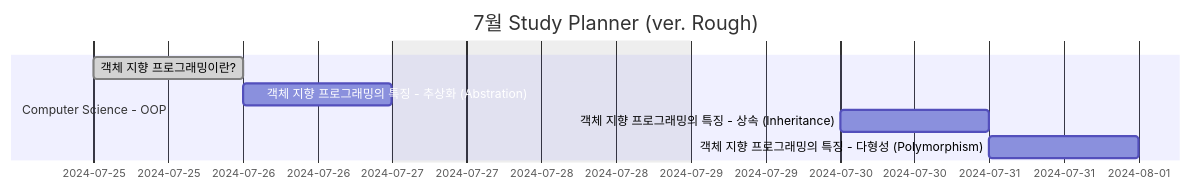
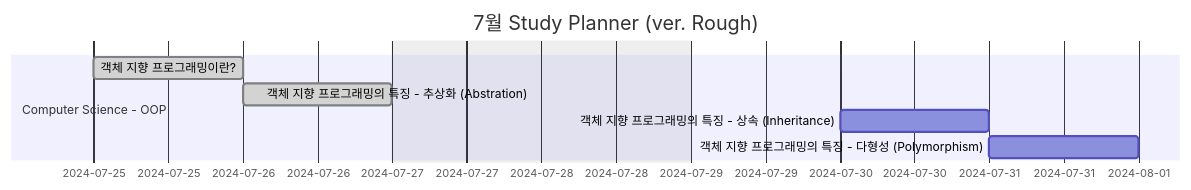
Before and after one commit to HyungJinHan/HyungJinHan.github.io: the first of 2 diagrams in _posts/other/2024-07-24-plan.md, drawn with Mermaid. The commit also changed other lines of this file and 19 other files, not shown here.

````diff
--- a/_posts/other/2024-07-24-plan.md
+++ b/_posts/other/2024-07-24-plan.md
@@ -20,11 +20,11 @@
 ```mermaid
 gantt
 title  7월 Study Planner (ver. Rough)
 excludes weekends
 
 section Computer Science - OOP
   객체 지향 프로그래밍이란? :done, 2024-07-25, 1d
-  객체 지향 프로그래밍의 특징 - 추상화 (Abstration) :b, 2024-07-26, 1d
+  객체 지향 프로그래밍의 특징 - 추상화 (Abstration) :done, 2024-07-26, 1d
   객체 지향 프로그래밍의 특징 - 상속 (Inheritance) :c, 2024-07-30, 1d
   객체 지향 프로그래밍의 특징 - 다형성 (Polymorphism) :d, 2024-07-31, 1d
 ```
````
